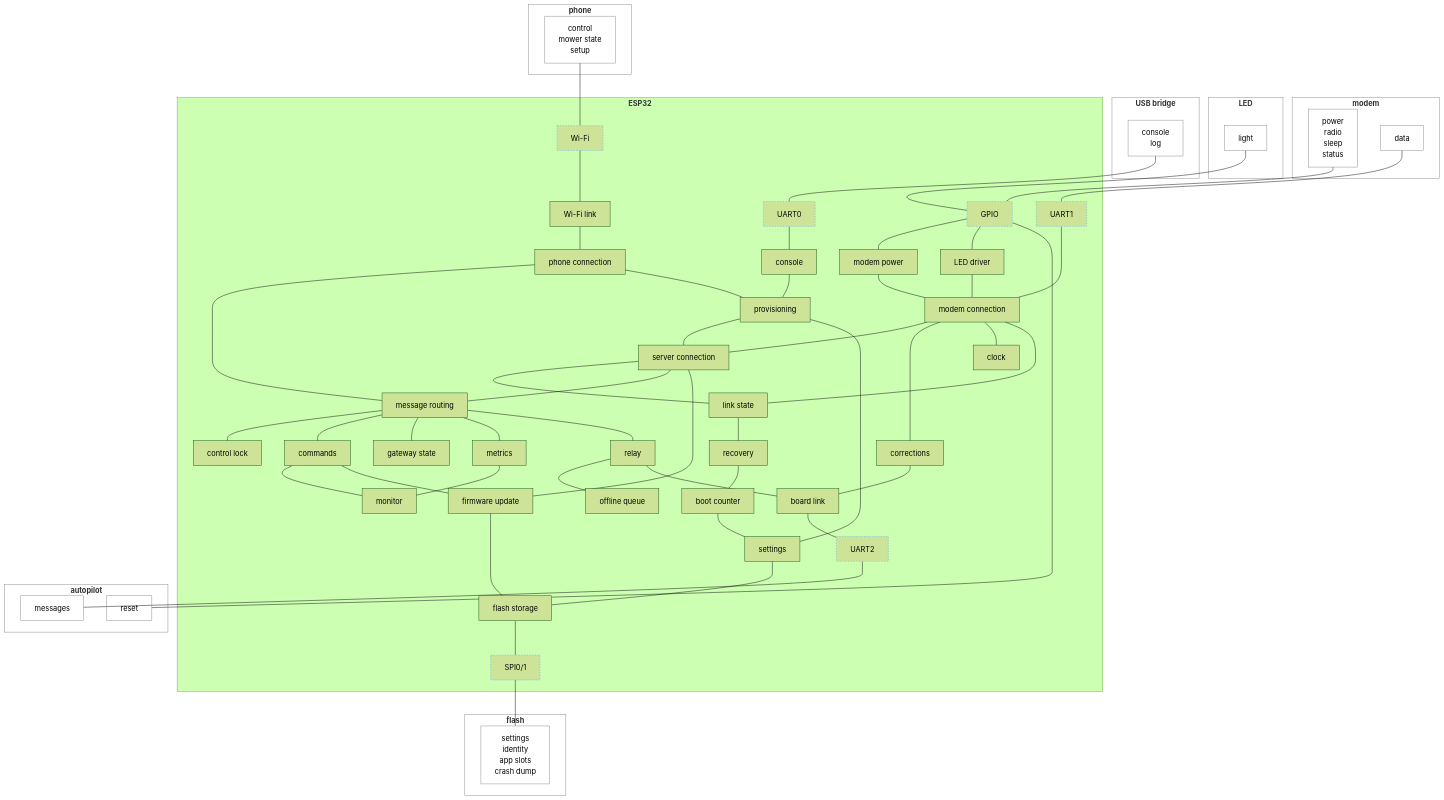
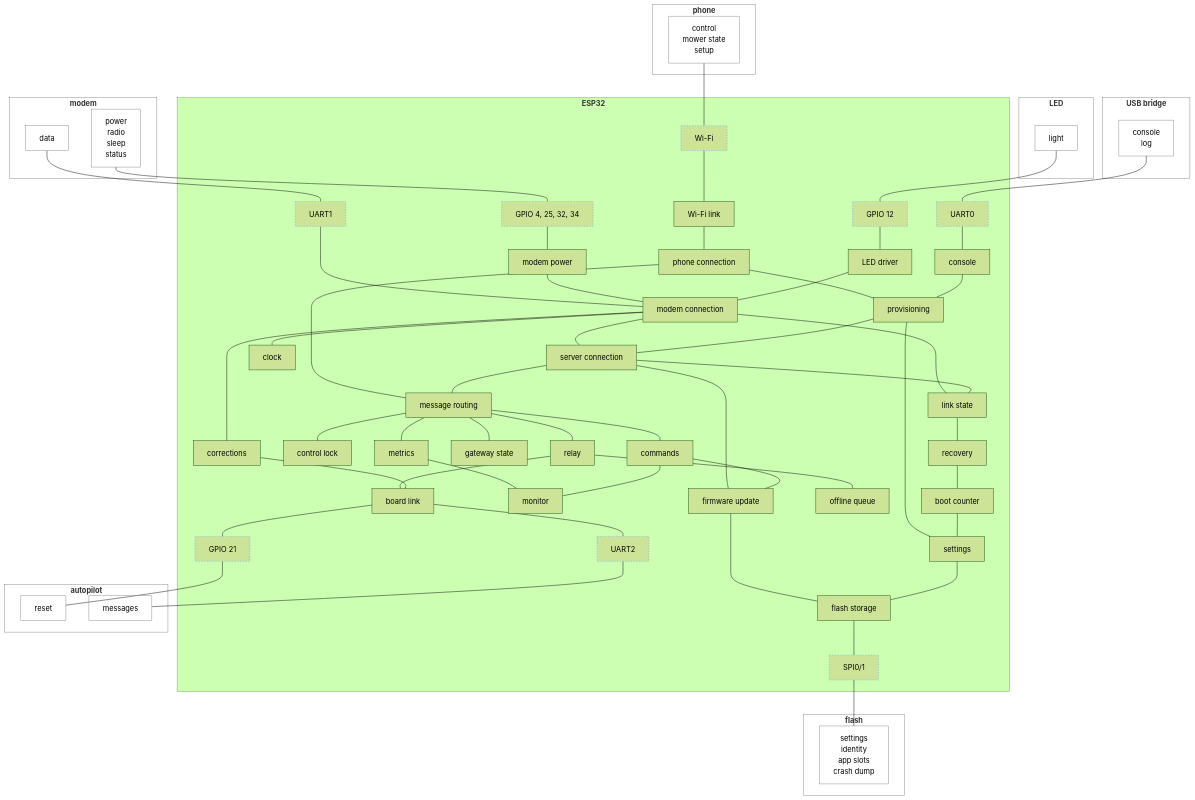
Before and after one commit to rmx-lt/rmx-mower-gateway: the diagram in .esp-architecture/diagrams/block-draft.md, drawn with Mermaid (forest theme).

Commit message:
Draft: one GPIO box per device

````diff
--- a/.esp-architecture/diagrams/block-draft.md
+++ b/.esp-architecture/diagrams/block-draft.md
@@ -19,7 +19,9 @@
   end
   subgraph cpu["<b>ESP32</b>"]
     u1["UART1"]
-    gp["GPIO"]
+    gm["GPIO 4, 25, 32, 34"]
+    gl["GPIO 12"]
+    gr["GPIO 21"]
     wf["Wi-Fi"]
     u0["UART0"]
     conn["modem connection"]
@@ -58,10 +60,8 @@
     fparts["settings<br/>identity<br/>app slots<br/>crash dump"]
   end
   mdata --- u1 --- conn
-  mctl --- gp
-  lparts --- gp
-  gp --- pwr --- conn
-  gp --- ledd --- conn
+  mctl --- gm --- pwr --- conn
+  lparts --- gl --- ledd --- conn
   pparts --- wf --- wl
   uparts --- u0 --- con
   wl --- phc
@@ -95,9 +95,9 @@
   set --- fs
   fs --- sp --- fparts
   bl --- u2 --- amsg
-  gp --- areset
+  bl --- gr --- areset
   classDef bus stroke:#58a6ff,stroke-dasharray:3 3
-  class u1,gp,u2,wf,u0,sp bus
+  class u1,gm,gl,gr,u2,wf,u0,sp bus
   classDef device fill:none,stroke:#888
   class modem,mdata,mctl,led,lparts,ap,amsg,areset,ph,pparts,usb,uparts,fl,fparts device
 ```
````
